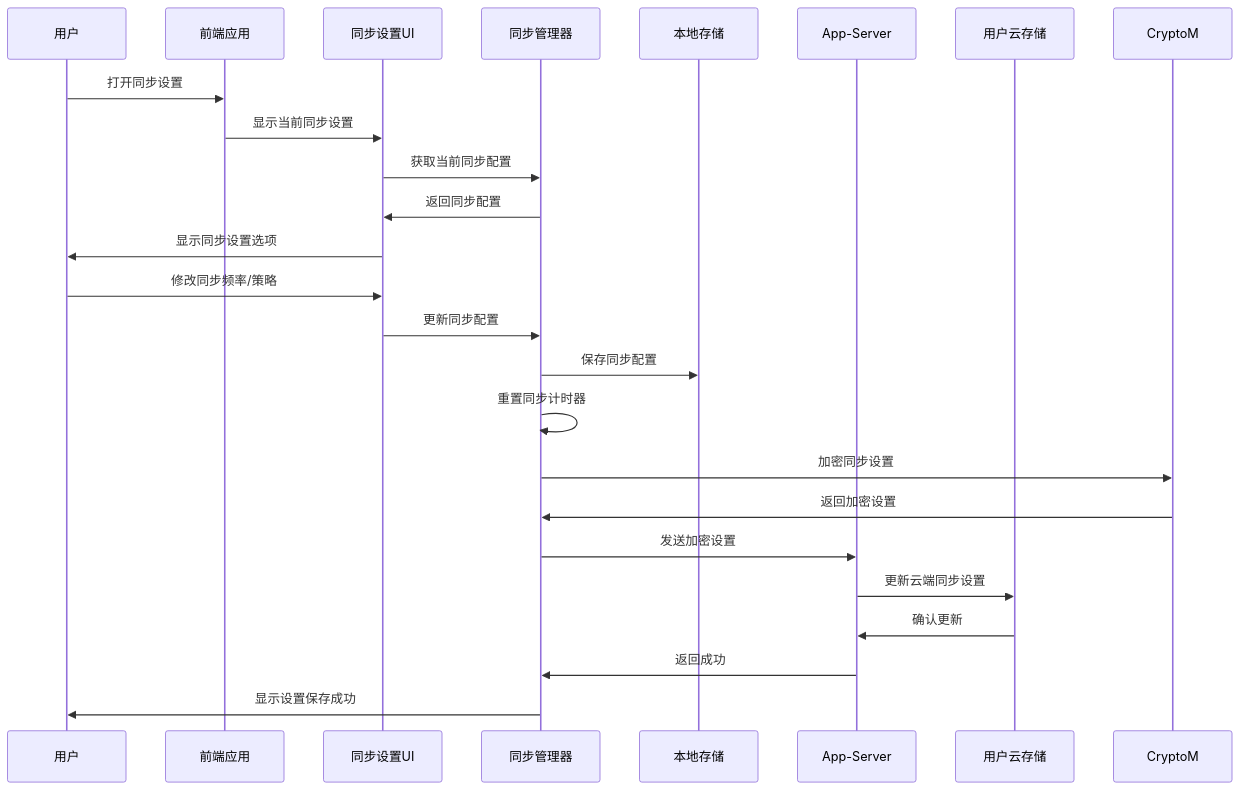
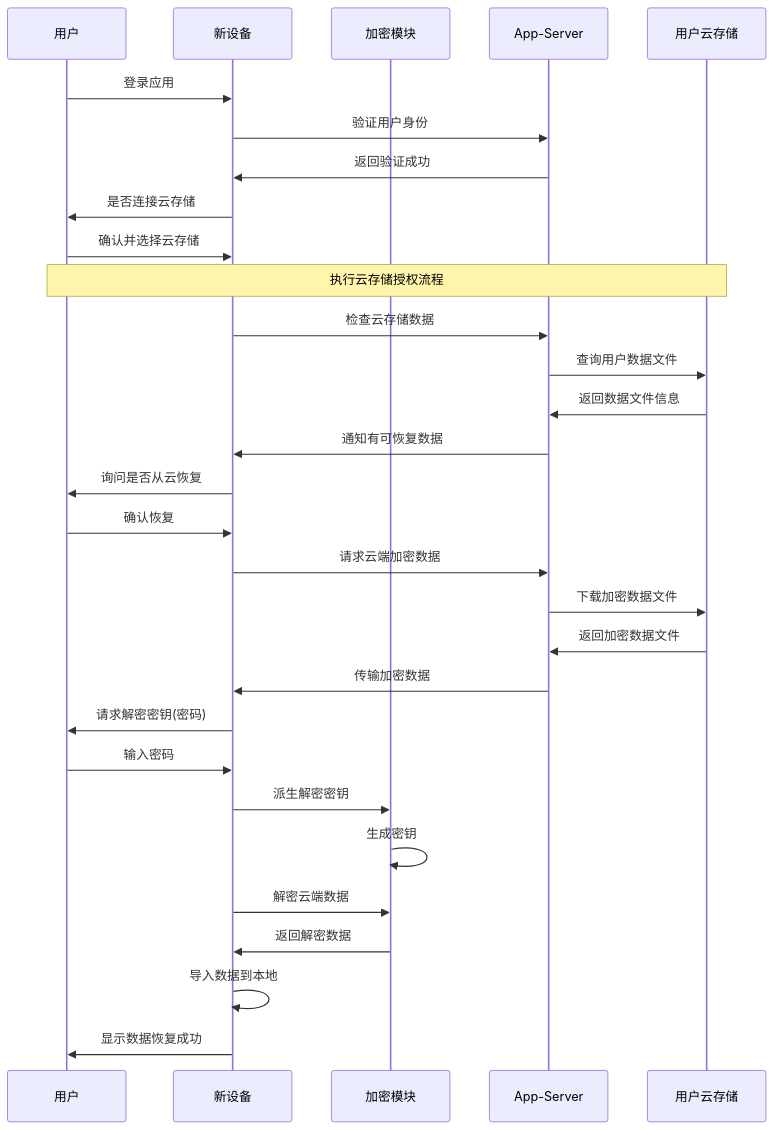
One commit to yingjianzh/iodraw-files changed the diagram in all/未命名-34.md. Above: the diagram before and after it, drawn with Mermaid.

Commit message:
2025-04-17 14:19:13 update

````diff
--- a/all/未命名-34.md
+++ b/all/未命名-34.md
@@ -1,29 +1,40 @@
 ```mermaid
 sequenceDiagram
     participant User as 用户
-    participant Frontend as 前端应用
-    participant SyncSettings as 同步设置UI
-    participant SyncM as 同步管理器
-    participant LocalDB as 本地存储
+    participant NewDevice as 新设备
+    participant CryptoM as 加密模块
     participant AppServer as App-Server
     participant UserCloud as 用户云存储
     
-    User->>Frontend: 打开同步设置
-    Frontend->>SyncSettings: 显示当前同步设置
-    SyncSettings->>SyncM: 获取当前同步配置
-    SyncM->>SyncSettings: 返回同步配置
-    SyncSettings->>User: 显示同步设置选项
+    User->>NewDevice: 登录应用
+    NewDevice->>AppServer: 验证用户身份
+    AppServer->>NewDevice: 返回验证成功
     
-    User->>SyncSettings: 修改同步频率/策略
-    SyncSettings->>SyncM: 更新同步配置
-    SyncM->>LocalDB: 保存同步配置
-    SyncM->>SyncM: 重置同步计时器
+    NewDevice->>User: 是否连接云存储
+    User->>NewDevice: 确认并选择云存储
     
-    SyncM->>CryptoM: 加密同步设置
-    CryptoM->>SyncM: 返回加密设置
-    SyncM->>AppServer: 发送加密设置
-    AppServer->>UserCloud: 更新云端同步设置
-    UserCloud->>AppServer: 确认更新
-    AppServer->>SyncM: 返回成功
-    SyncM->>User: 显示设置保存成功
+    note over User,UserCloud: 执行云存储授权流程
+    
+    NewDevice->>AppServer: 检查云存储数据
+    AppServer->>UserCloud: 查询用户数据文件
+    UserCloud->>AppServer: 返回数据文件信息
+    
+    AppServer->>NewDevice: 通知有可恢复数据
+    NewDevice->>User: 询问是否从云恢复
+    User->>NewDevice: 确认恢复
+    
+    NewDevice->>AppServer: 请求云端加密数据
+    AppServer->>UserCloud: 下载加密数据文件
+    UserCloud->>AppServer: 返回加密数据文件
+    AppServer->>NewDevice: 传输加密数据
+    
+    NewDevice->>User: 请求解密密钥(密码)
+    User->>NewDevice: 输入密码
+    NewDevice->>CryptoM: 派生解密密钥
+    CryptoM->>CryptoM: 生成密钥
+    
+    NewDevice->>CryptoM: 解密云端数据
+    CryptoM->>NewDevice: 返回解密数据
+    NewDevice->>NewDevice: 导入数据到本地
+    NewDevice->>User: 显示数据恢复成功
 ```
````
